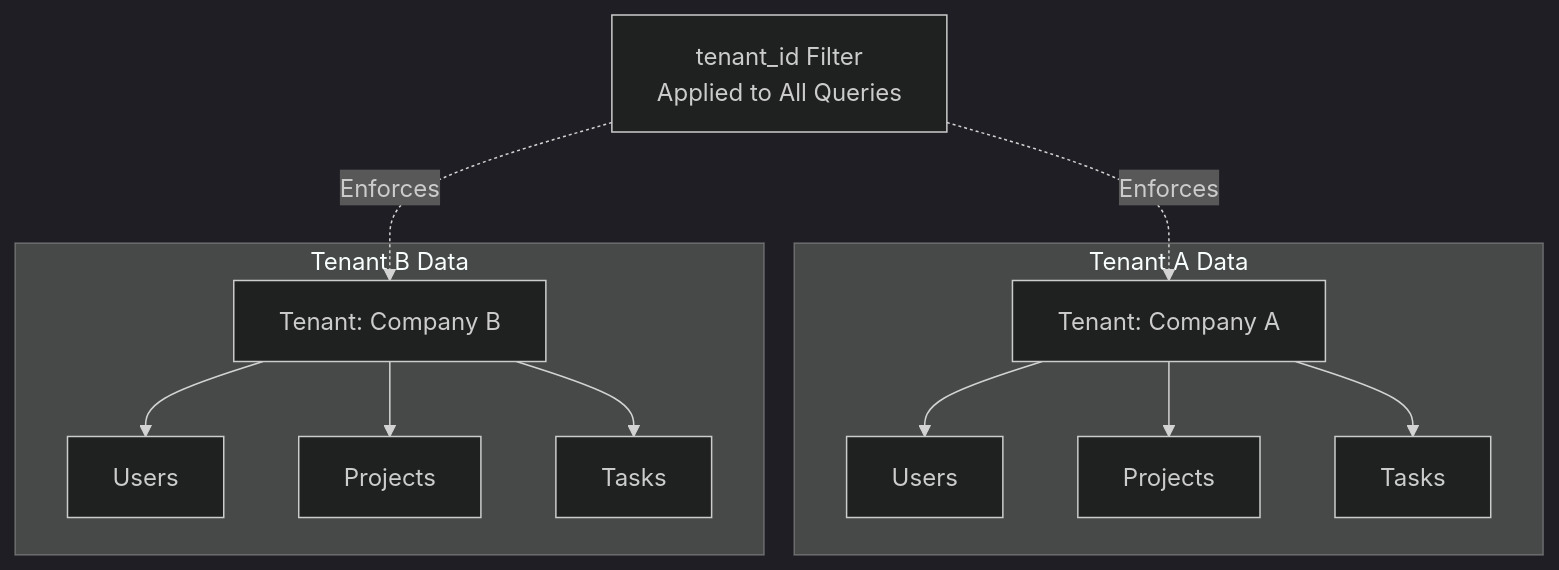
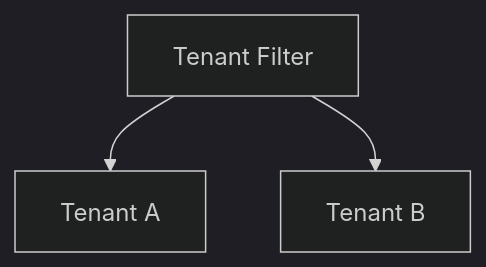
Before and after one commit to navya1129/multi-tenant-saas: the fourth of 4 diagrams in docs/architecture.md, drawn with Mermaid (dark theme). The commit also changed other lines of this file, not shown here.

````diff
--- a/docs/architecture.md
+++ b/docs/architecture.md
@@ -197,29 +127,9 @@
 ```mermaid
 graph TB
-    subgraph "Tenant A Data"
-        TA[Tenant: Company A]
-        UA[Users]
-        PA[Projects]
-        TKA[Tasks]
-    end
-    
-    subgraph "Tenant B Data"
-        TB[Tenant: Company B]
-        UB[Users]
-        PB[Projects]
-        TKB[Tasks]
-    end
-    
-    Filter[tenant_id Filter<br/>Applied to All Queries]
-    
-    TA --> UA
-    TA --> PA
-    TA --> TKA
-    
-    TB --> UB
-    TB --> PB
-    TB --> TKB
-    
-    Filter -.->|Enforces| TA
-    Filter -.->|Enforces| TB
+    Filter[Tenant Filter]
+    A[Tenant A]
+    B[Tenant B]
+
+    Filter --> A
+    Filter --> B
 ```
````
